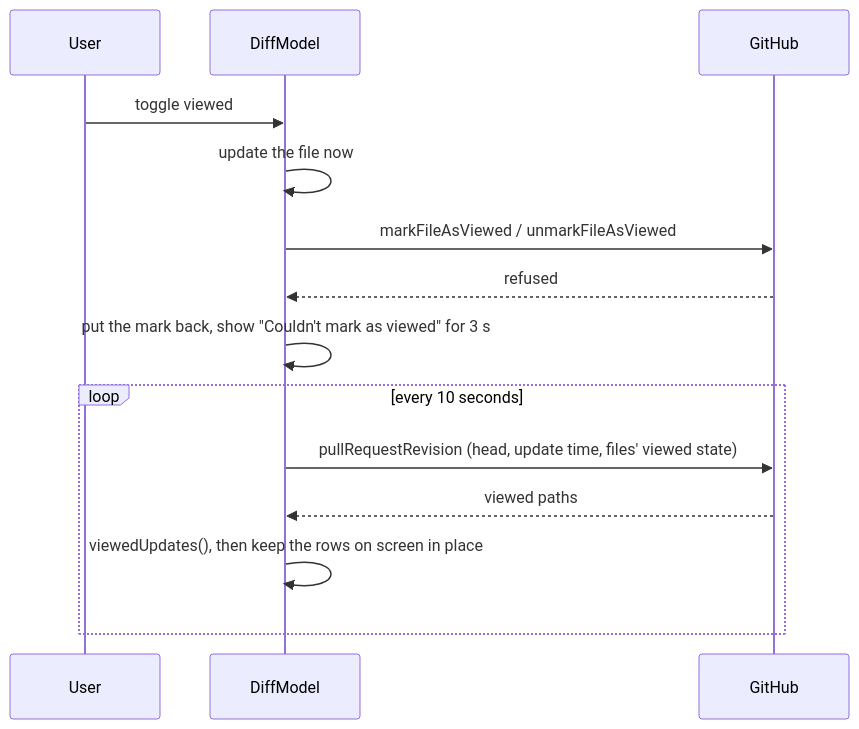
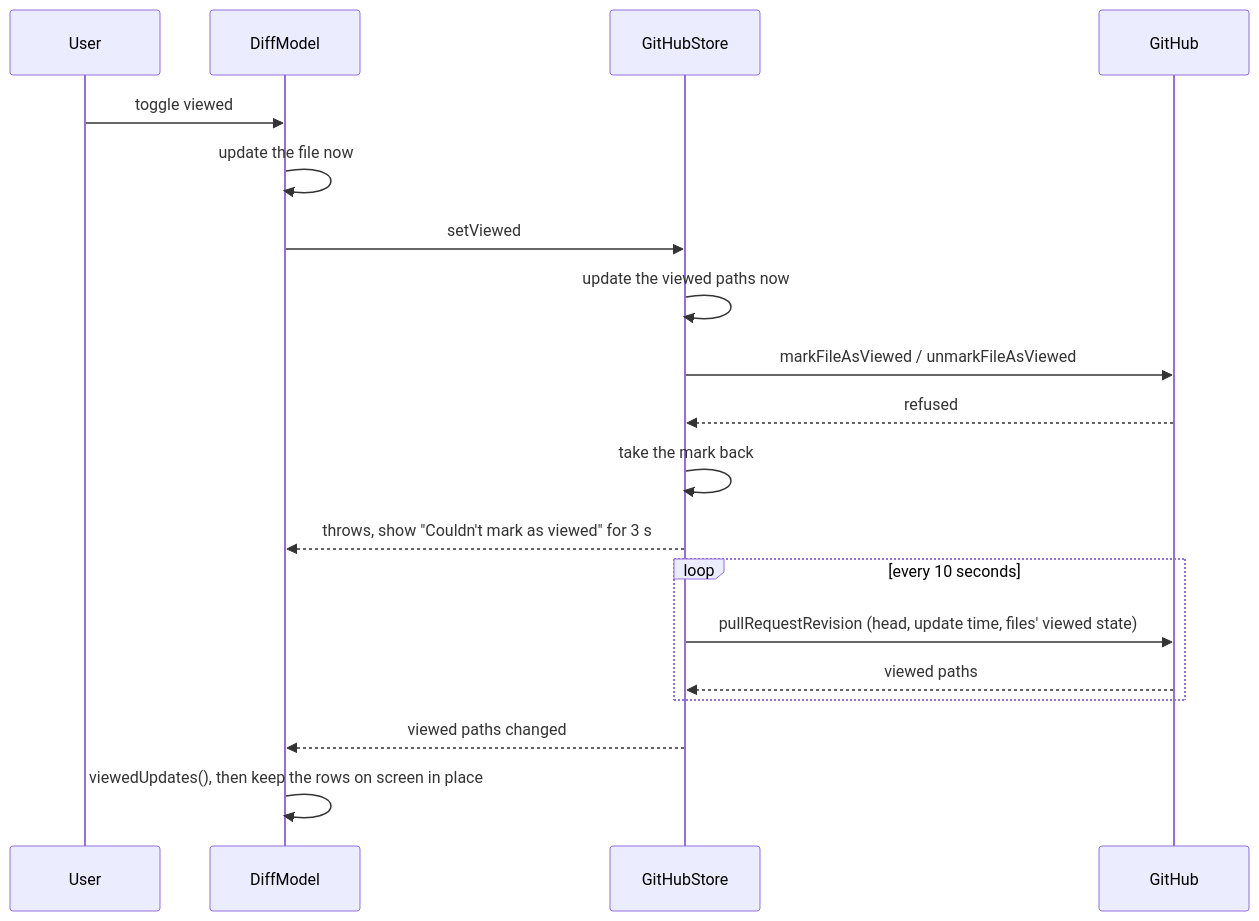
The fourth of 4 diagrams in plans/diff-viewer.md (bojanrajkovic/hermes), drawn with Mermaid before and after one commit. The commit also changed other lines of this file and 19 other files, not shown here.

First line of the commit message:
Move pull request detail into the store (#97)

````diff
--- a/plans/diff-viewer.md
+++ b/plans/diff-viewer.md
@@ -347,16 +351,21 @@
 ```mermaid
 sequenceDiagram
     participant U as User
     participant M as DiffModel
+    participant S as GitHubStore
     participant G as GitHub
     U->>M: toggle viewed
     M->>M: update the file now
-    M->>G: markFileAsViewed / unmarkFileAsViewed
-    G-->>M: refused
-    M->>M: put the mark back, show "Couldn't mark as viewed" for 3 s
+    M->>S: setViewed
+    S->>S: update the viewed paths now
+    S->>G: markFileAsViewed / unmarkFileAsViewed
+    G-->>S: refused
+    S->>S: take the mark back
+    S-->>M: throws, show "Couldn't mark as viewed" for 3 s
     loop every 10 seconds
-        M->>G: pullRequestRevision (head, update time, files' viewed state)
-        G-->>M: viewed paths
-        M->>M: viewedUpdates(), then keep the rows on screen in place
+        S->>G: pullRequestRevision (head, update time, files' viewed state)
+        G-->>S: viewed paths
     end
+    S-->>M: viewed paths changed
+    M->>M: viewedUpdates(), then keep the rows on screen in place
 ```
````
